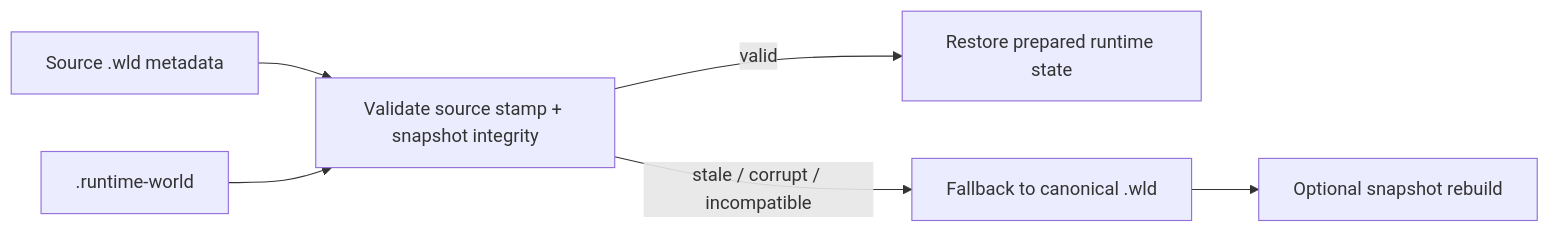
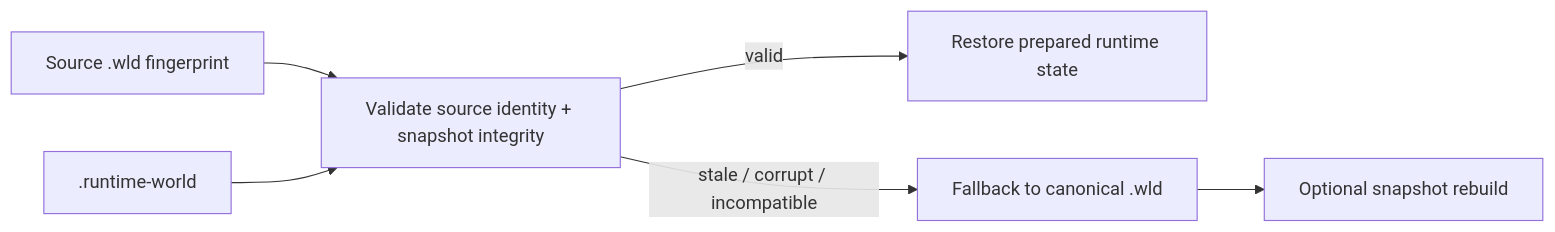
One commit to VegaKernel/TerraRuntime changed the second of 5 diagrams in docs/en/world-persistence.md. Above: the diagram before and after it, drawn with Mermaid. The commit also changed other lines of this file and 22 other files, not shown here.

````diff
--- a/docs/en/world-persistence.md
+++ b/docs/en/world-persistence.md
@@ -44,8 +44,8 @@
 ```mermaid
 flowchart LR
-    Meta["Source .wld metadata"] --> Validate["Validate source stamp + snapshot integrity"]
+    Meta["Source .wld fingerprint"] --> Validate["Validate source identity + snapshot integrity"]
     Snapshot[".runtime-world"] --> Validate
     Validate -->|valid| Warm["Restore prepared runtime state"]
     Validate -->|stale / corrupt / incompatible| Cold["Fallback to canonical .wld"]
     Cold --> Rebuild["Optional snapshot rebuild"]
 ```
````
